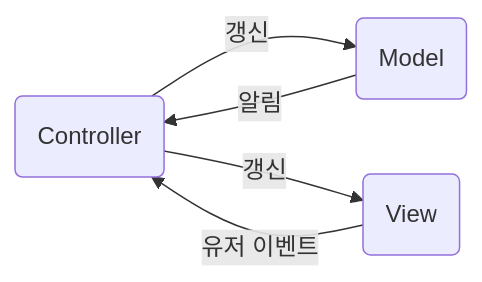
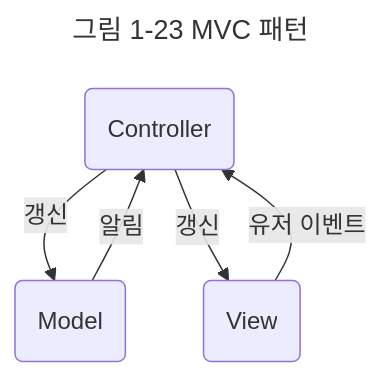
The diagram in 독서/8. 면접을 위한 cs 전공지식 노트/01. 디자인 패턴과 프로그래밍 패러다임/01-09. MVC 패턴.md (kimregular/DAILY_STUDY), drawn with Mermaid before and after one commit. The commit also changed other lines of this file, not shown here.

````diff
--- a/독서/8. 면접을 위한 cs 전공지식 노트/01. 디자인 패턴과 프로그래밍 패러다임/01-09. MVC 패턴.md
+++ b/독서/8. 면접을 위한 cs 전공지식 노트/01. 디자인 패턴과 프로그래밍 패러다임/01-09. MVC 패턴.md
@@ -3,12 +3,15 @@
 ```mermaid
-flowchart LR
+---
+title : 그림 1-23 MVC 패턴
+---
+flowchart TB
 	c(Controller)
 	v(View)
 	m(Model)
 
 	c --> |갱신| m
 	m --> |알림| c
 
 	c --> |갱신| v
 	v --> |유저 이벤트| c
 ```
````
